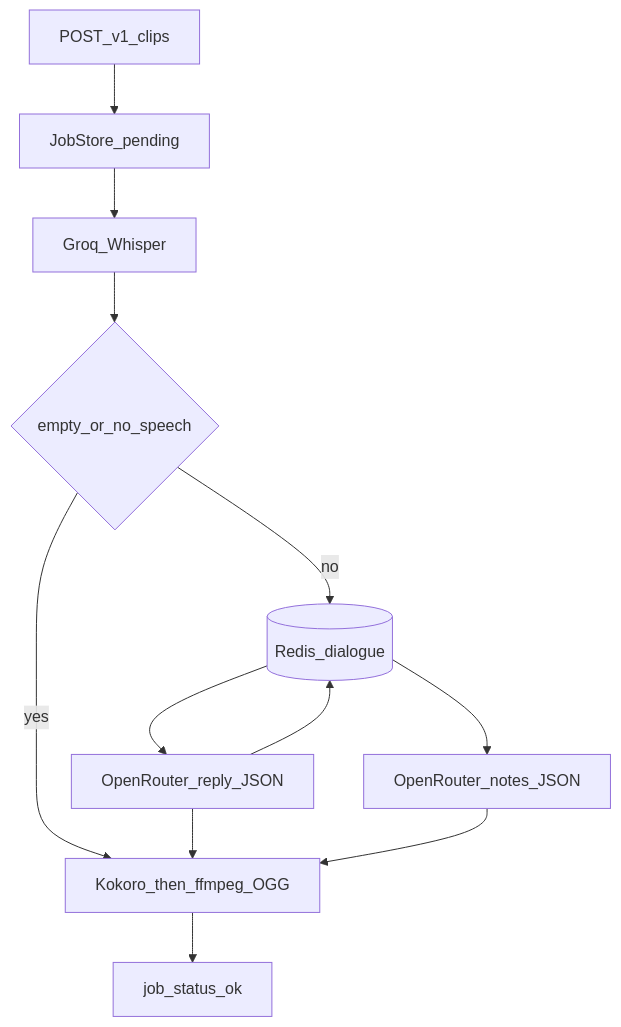
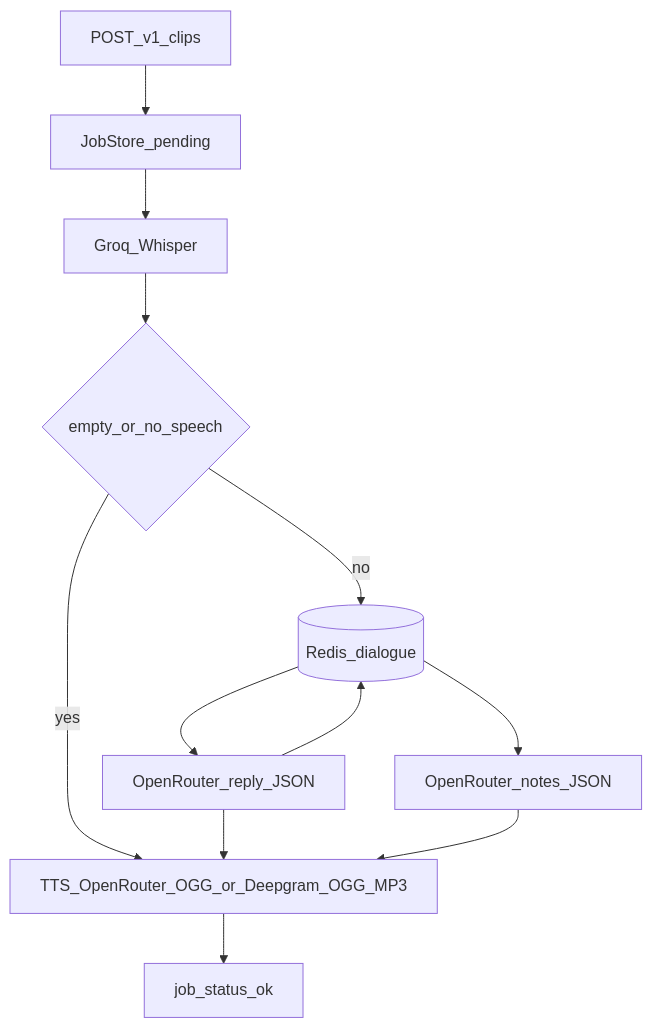
Before and after one commit to greenblat17/1billion-dollar-startup: the third of 4 diagrams in ai_docs/architecture.md, drawn with Mermaid. The commit also changed other lines of this file and 20 other files, not shown here.

Commit message:
Add direct Deepgram TTS and MP3 voice delivery

````diff
--- a/ai_docs/architecture.md
+++ b/ai_docs/architecture.md
@@ -88,22 +88,22 @@
 ```mermaid
 flowchart TD
   clip[POST_v1_clips]
   job[JobStore_pending]
   stt[Groq_Whisper]
   clarify{empty_or_no_speech}
   reply[OpenRouter_reply_JSON]
   notes[OpenRouter_notes_JSON]
-  tts[Kokoro_then_ffmpeg_OGG]
+  tts[TTS_OpenRouter_OGG_or_Deepgram_OGG_MP3]
   redis[(Redis_dialogue)]
   ok[job_status_ok]
 
   clip --> job --> stt --> clarify
   clarify -->|yes| tts
   clarify -->|no| redis
   redis --> reply
   redis --> notes
   reply --> redis
   reply --> tts
   notes --> tts
   tts --> ok
 ```
````
